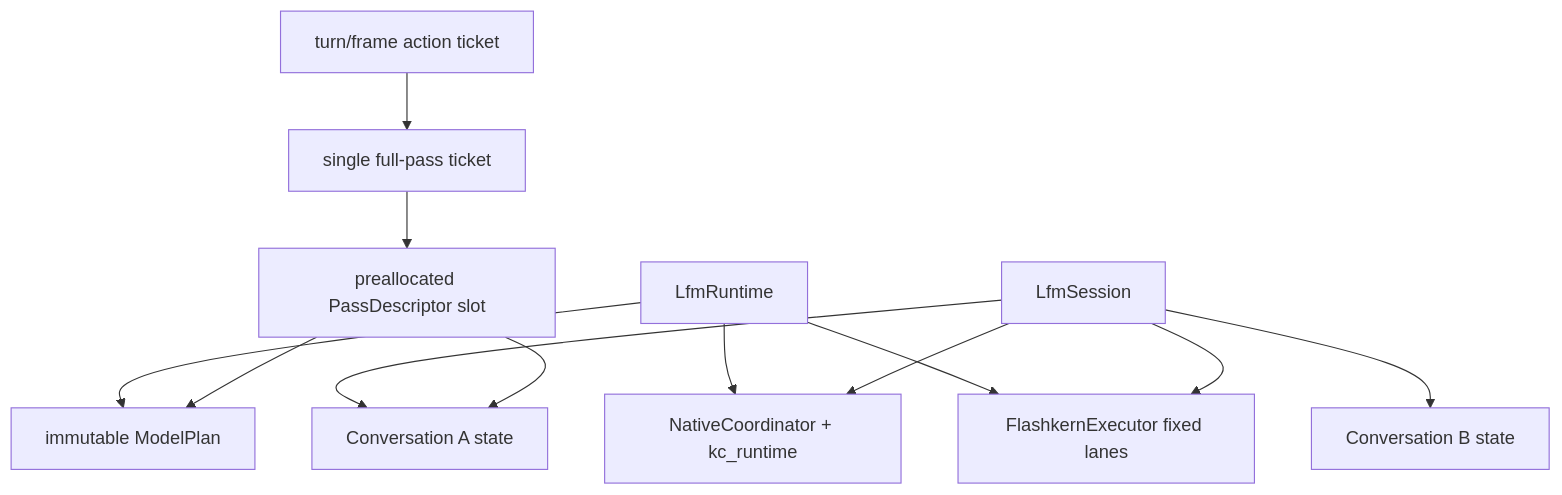
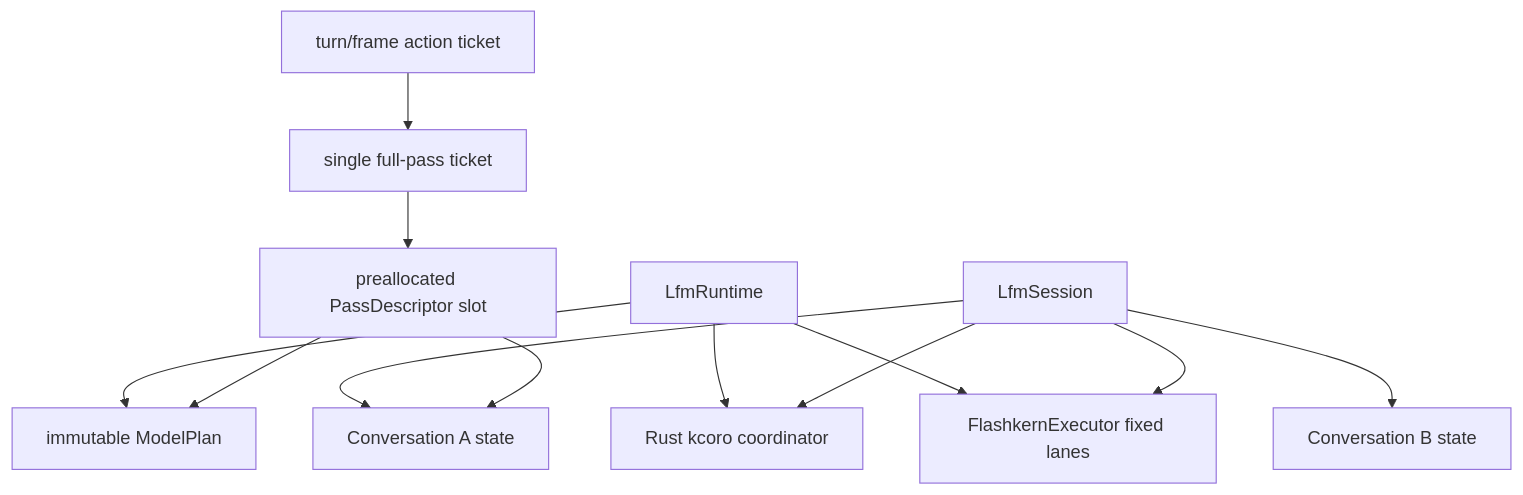
One commit to SolaceHarmony/emberharmony changed the first of 3 diagrams in specs/11-kcoro-native-migration/03-scheduler-passes-and-recurrence.md. Above: the diagram before and after it, drawn with Mermaid. The commit also changed other lines of this file and 13 other files, not shown here.

Commit message:
reconcile native migration around Rust coordination

````diff
--- a/specs/11-kcoro-native-migration/03-scheduler-passes-and-recurrence.md
+++ b/specs/11-kcoro-native-migration/03-scheduler-passes-and-recurrence.md
@@ -93,25 +97,25 @@
 ```mermaid
 flowchart TB
     Runtime["LfmRuntime"]
-    Coord["NativeCoordinator + kc_runtime"]
+    Coord["Rust kcoro coordinator"]
     Exec["FlashkernExecutor fixed lanes"]
     Model["immutable ModelPlan"]
     Session["LfmSession"]
     ConvA["Conversation A state"]
     ConvB["Conversation B state"]
     Parent["turn/frame action ticket"]
     Child["single full-pass ticket"]
     Slot["preallocated PassDescriptor slot"]
 
     Runtime --> Coord
     Runtime --> Exec
     Runtime --> Model
     Session --> Coord
     Session --> Exec
     Session --> ConvA
     Session --> ConvB
     Parent --> Child
     Child --> Slot
     Slot --> Model
     Slot --> ConvA
 ```
````
